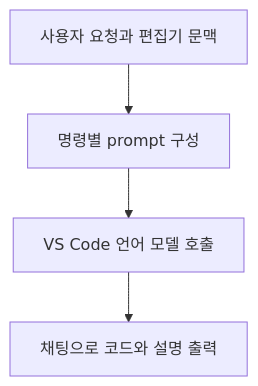
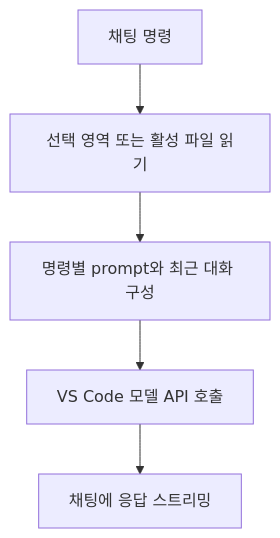
The diagram in docs/journal/2026-10-16-review-shacl-guru.md (shinysong/shacl-graphrag), drawn with Mermaid before and after one commit. The commit also changed other lines of this file and 5 other files, not shown here.

Commit message:
Expand five standalone reviews with methods, implementation and data flow

````diff
--- a/docs/journal/2026-10-16-review-shacl-guru.md
+++ b/docs/journal/2026-10-16-review-shacl-guru.md
@@ -9,6 +41,7 @@
 ```mermaid
 flowchart TD
-    A[사용자 요청과 편집기 문맥] --> B[명령별 prompt 구성]
-    B --> C[VS Code 언어 모델 호출]
-    C --> D[채팅으로 코드와 설명 출력]
+    A[채팅 명령] --> B[선택 영역 또는 활성 파일 읽기]
+    B --> C[명령별 prompt와 최근 대화 구성]
+    C --> D[VS Code 모델 API 호출]
+    D --> E[채팅에 응답 스트리밍]
 ```
````
